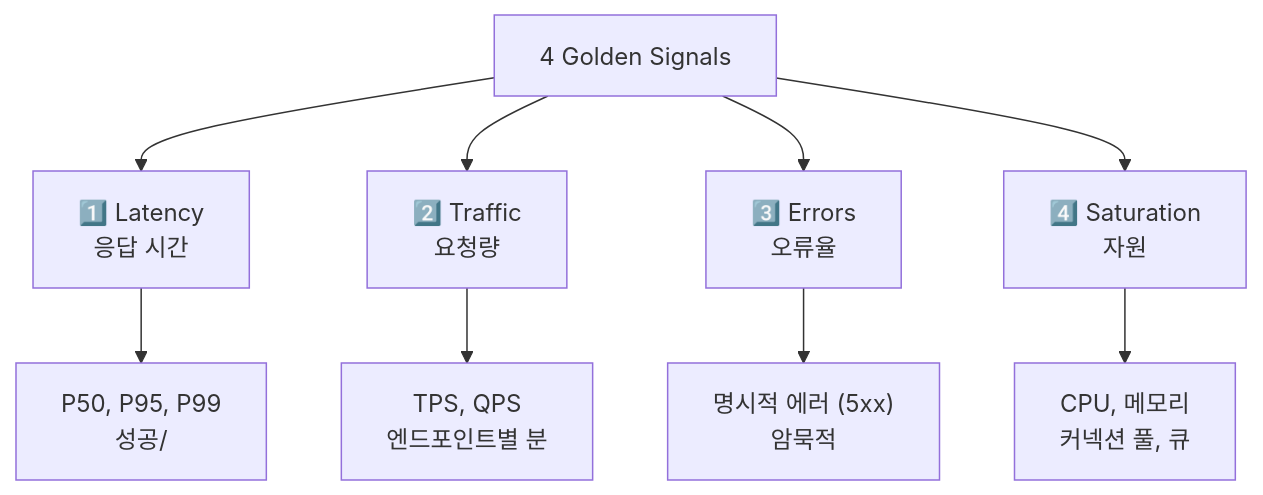
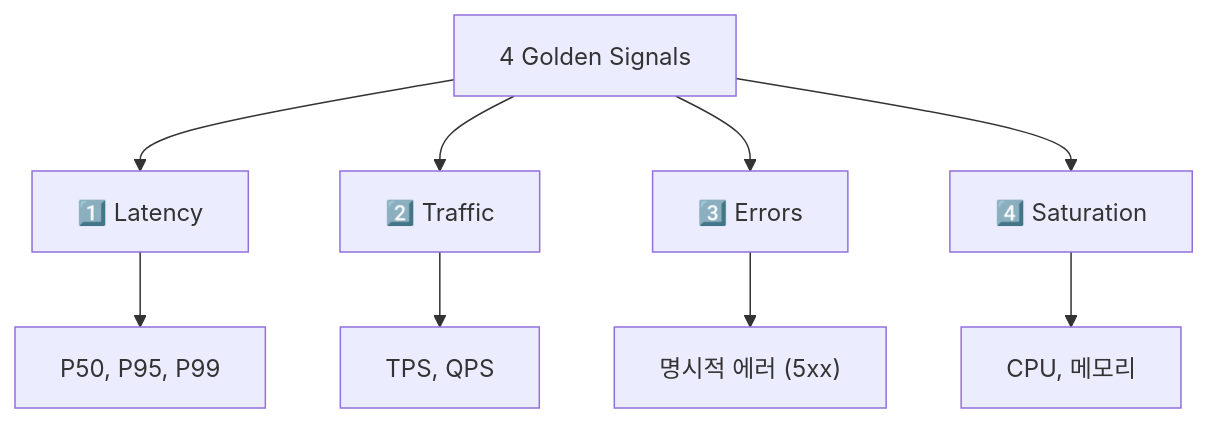
Before and after one commit to yjkim2015/yjkim2015.github.io: the first of 8 diagrams in _posts/monitoring/2026-05-03-sre-golden-signals.md, drawn with Mermaid. The commit also changed other lines of this file and 217 other files, not shown here.

First line of the commit message:
Mermaid 크기 수정: useMaxWidth:true + SVG max-width:100% + 라벨 축소

````diff
--- a/_posts/monitoring/2026-05-03-sre-golden-signals.md
+++ b/_posts/monitoring/2026-05-03-sre-golden-signals.md
@@ -32,12 +32,12 @@
 ```mermaid
 graph TD
     GS["4 Golden Signals"]
-    GS --> LAT["1️⃣ Latency\n응답 시간"]
-    GS --> TRA["2️⃣ Traffic\n요청량"]
-    GS --> ERR["3️⃣ Errors\n오류율"]
-    GS --> SAT["4️⃣ Saturation\n자원"]
-    LAT --> LAT_D["P50, P95, P99\n성공/"]
-    TRA --> TRA_D["TPS, QPS\n엔드포인트별 분"]
-    ERR --> ERR_D["명시적 에러 (5xx)\n암묵적"]
-    SAT --> SAT_D["CPU, 메모리\n커넥션 풀, 큐"]
+    GS --> LAT["1️⃣ Latency"]
+    GS --> TRA["2️⃣ Traffic"]
+    GS --> ERR["3️⃣ Errors"]
+    GS --> SAT["4️⃣ Saturation"]
+    LAT --> LAT_D["P50, P95, P99"]
+    TRA --> TRA_D["TPS, QPS"]
+    ERR --> ERR_D["명시적 에러 (5xx)"]
+    SAT --> SAT_D["CPU, 메모리"]
 ```
````
